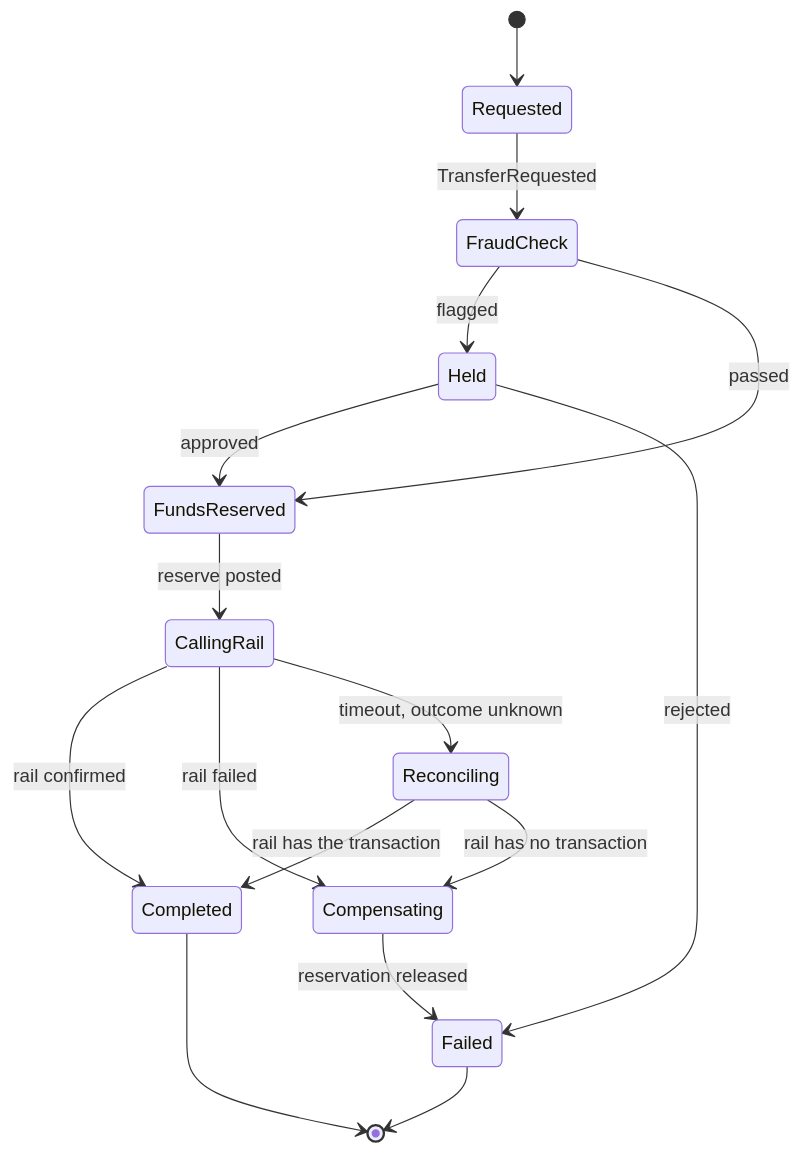
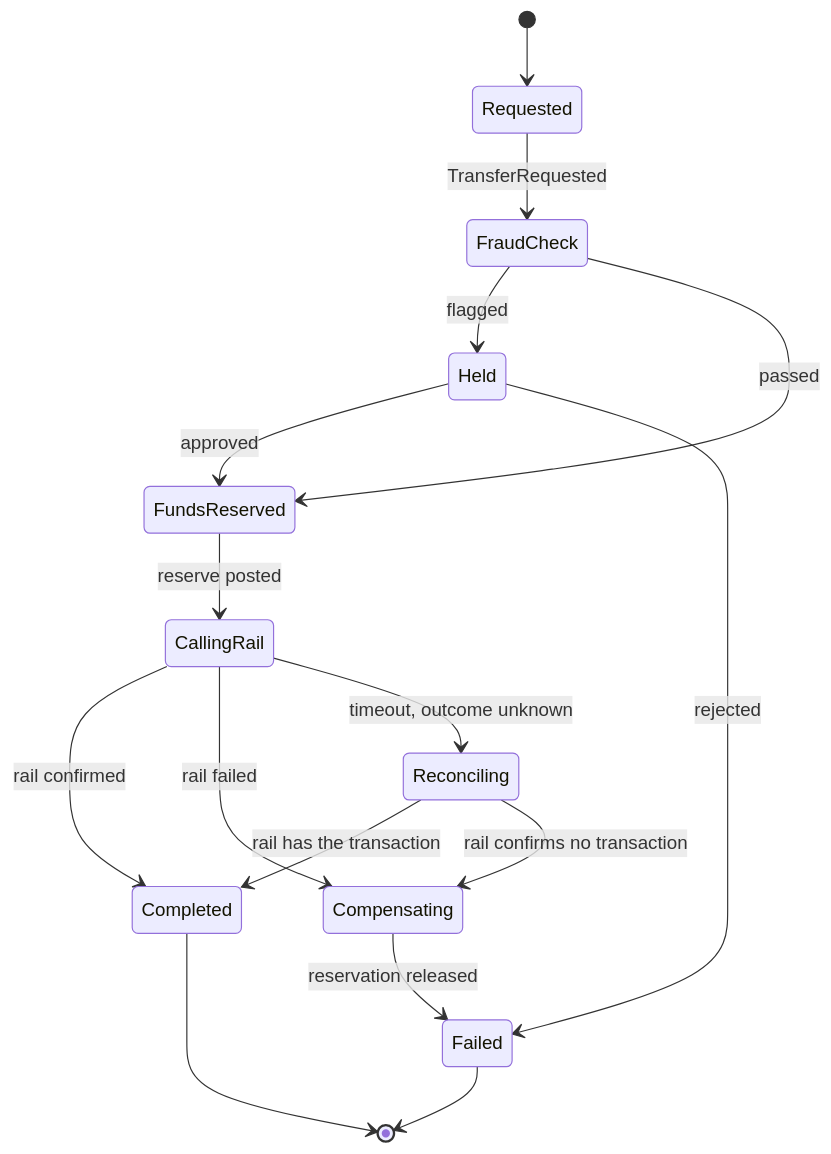
Before and after one commit to mesale/ledger-platform: the diagram in docs/design-document.md, drawn with Mermaid. The commit also changed other lines of this file, not shown here.

````diff
--- a/docs/design-document.md
+++ b/docs/design-document.md
@@ -143,18 +164,18 @@
 ```mermaid
 stateDiagram-v2
     [*] --> Requested
     Requested --> FraudCheck: TransferRequested
     FraudCheck --> Held: flagged
     FraudCheck --> FundsReserved: passed
     Held --> FundsReserved: approved
     Held --> Failed: rejected
     FundsReserved --> CallingRail: reserve posted
     CallingRail --> Completed: rail confirmed
     CallingRail --> Compensating: rail failed
     CallingRail --> Reconciling: timeout, outcome unknown
     Reconciling --> Completed: rail has the transaction
-    Reconciling --> Compensating: rail has no transaction
+    Reconciling --> Compensating: rail confirms no transaction
     Compensating --> Failed: reservation released
     Completed --> [*]
     Failed --> [*]
 ```
````
